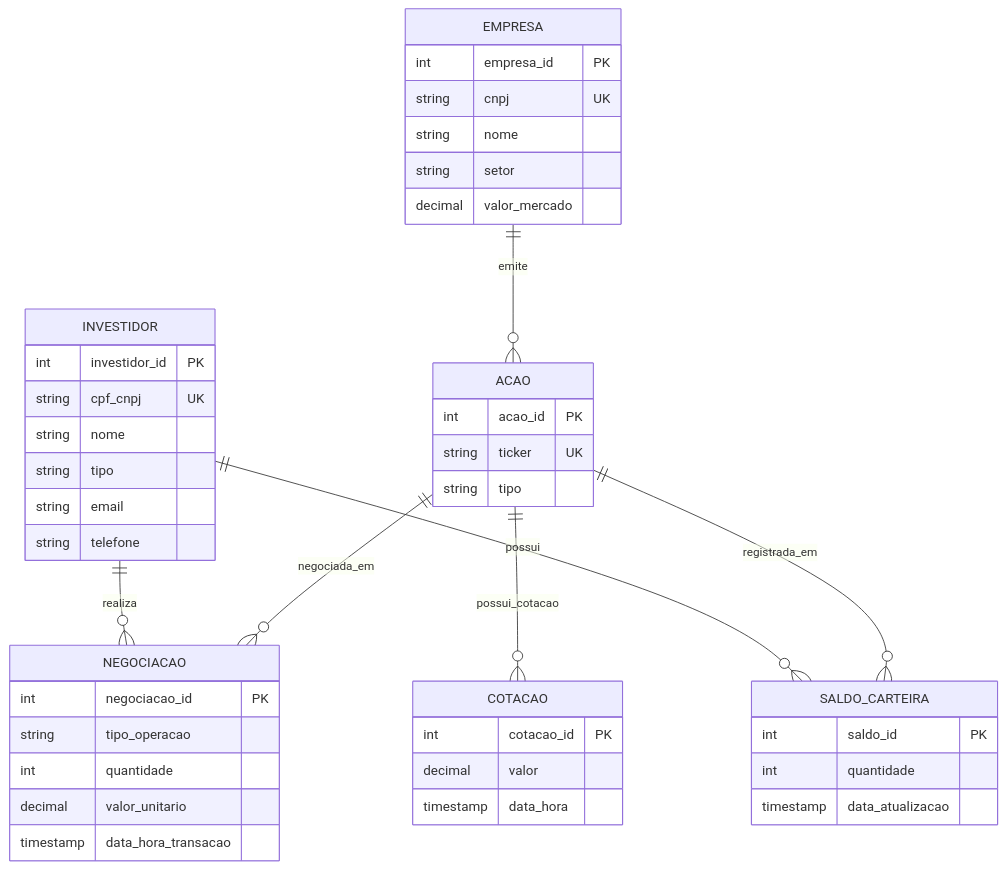
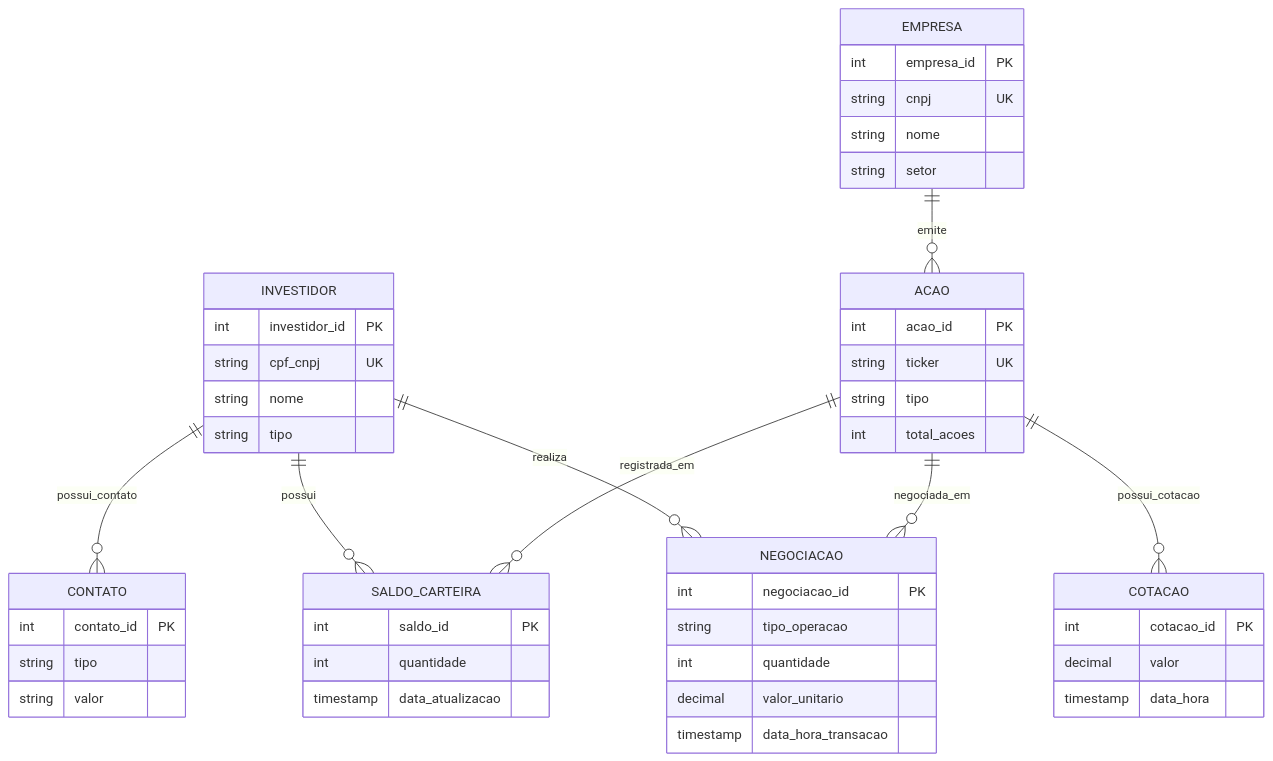
Before and after one commit to fegarbo/tdp-bolsa: the diagram in README.md, drawn with Mermaid. The commit also changed other lines of this file and 3 other files, not shown here.

````diff
--- a/README.md
+++ b/README.md
@@ -41,54 +42,59 @@
 ```mermaid
 erDiagram
     INVESTIDOR ||--o{ NEGOCIACAO : realiza
     INVESTIDOR ||--o{ SALDO_CARTEIRA : possui
+    INVESTIDOR ||--o{ CONTATO : possui_contato
 
     EMPRESA ||--o{ ACAO : emite
 
     ACAO ||--o{ NEGOCIACAO : negociada_em
     ACAO ||--o{ COTACAO : possui_cotacao
     ACAO ||--o{ SALDO_CARTEIRA : registrada_em
 
     INVESTIDOR {
-        int investidor_id PK
+        int    investidor_id PK
         string cpf_cnpj UK
         string nome
         string tipo
-        string email
-        string telefone
+    }
+
+    CONTATO {
+        int    contato_id PK
+        string tipo
+        string valor
     }
 
     EMPRESA {
-        int empresa_id PK
+        int    empresa_id PK
         string cnpj UK
         string nome
         string setor
-        decimal valor_mercado
     }
 
     ACAO {
-        int acao_id PK
+        int    acao_id PK
         string ticker UK
         string tipo
+        int    total_acoes
     }
 
     NEGOCIACAO {
-        int negociacao_id PK
-        string tipo_operacao
-        int quantidade
-        decimal valor_unitario
+        int       negociacao_id PK
+        string    tipo_operacao
+        int       quantidade
+        decimal   valor_unitario
         timestamp data_hora_transacao
     }
 
     COTACAO {
-        int cotacao_id PK
-        decimal valor
+        int       cotacao_id PK
+        decimal   valor
         timestamp data_hora
     }
 
     SALDO_CARTEIRA {
-        int saldo_id PK
-        int quantidade
+        int       saldo_id PK
+        int       quantidade
         timestamp data_atualizacao
     }
 ```
````
